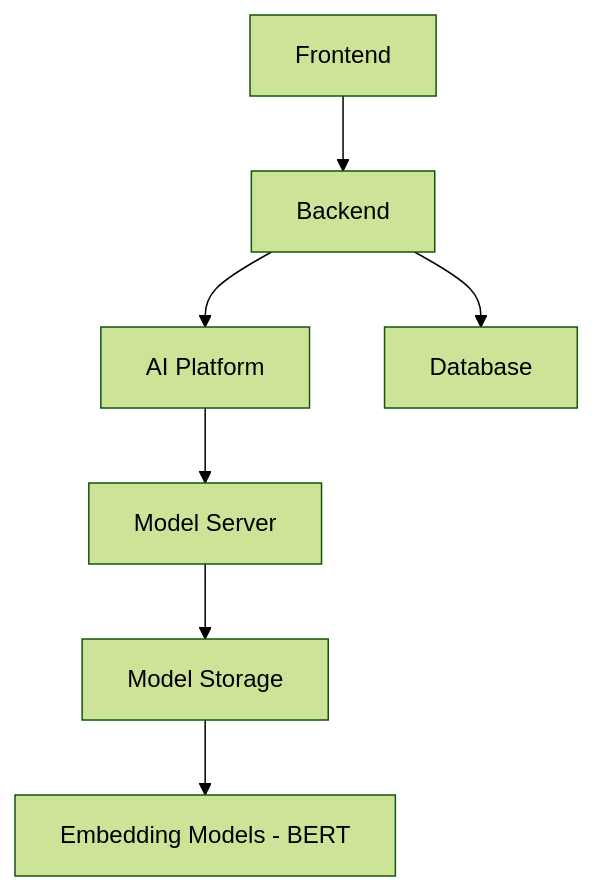
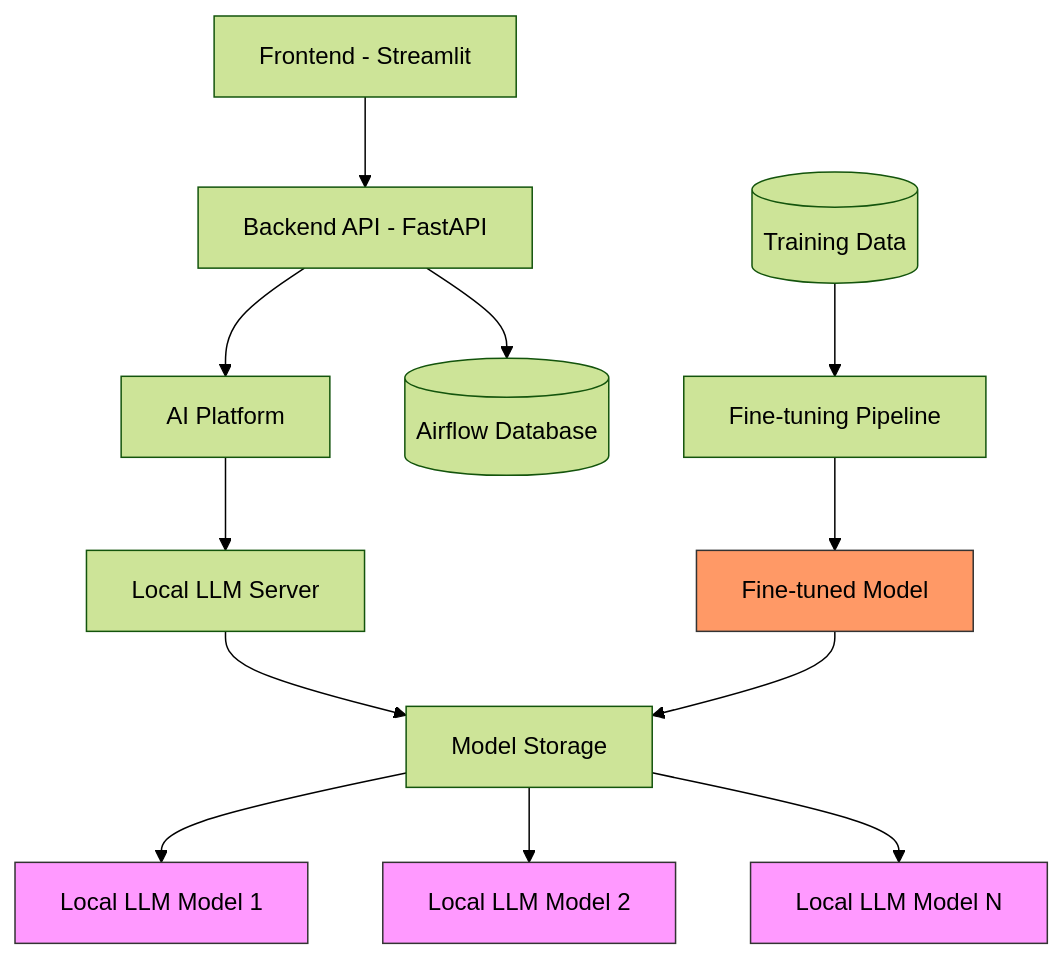
Before and after one commit to bier-ml/lunapark: the first of 2 diagrams in design_doc.md, drawn with Mermaid (forest theme). The commit also changed other lines of this file, not shown here.

````diff
--- a/design_doc.md
+++ b/design_doc.md
@@ -165,9 +165,22 @@
 ```mermaid
 graph TD
-    A[Frontend] --> B[Backend]
+    A[Frontend - Streamlit] --> B[Backend API - FastAPI]
     B --> C[AI Platform]
-    C --> D[Model Server]
-    B --> E[Database]
+    C --> D[Local LLM Server]
+    B --> E[(Airflow Database)]
     D --> F[Model Storage]
-    F --> G[Embedding Models - BERT]
+    F --> G1[Local LLM Model 1]
+    F --> G2[Local LLM Model 2]
+    F --> G3[Local LLM Model N]
+    
+    %% Fine-tuning flow
+    H[(Training Data)] --> I[Fine-tuning Pipeline]
+    I --> J[Fine-tuned Model]
+    J --> F
+    
+    %% Style for multiple models
+    style G1 fill:#f9f,stroke:#333
+    style G2 fill:#f9f,stroke:#333
+    style G3 fill:#f9f,stroke:#333
+    style J fill:#f96,stroke:#333
 ```
````
